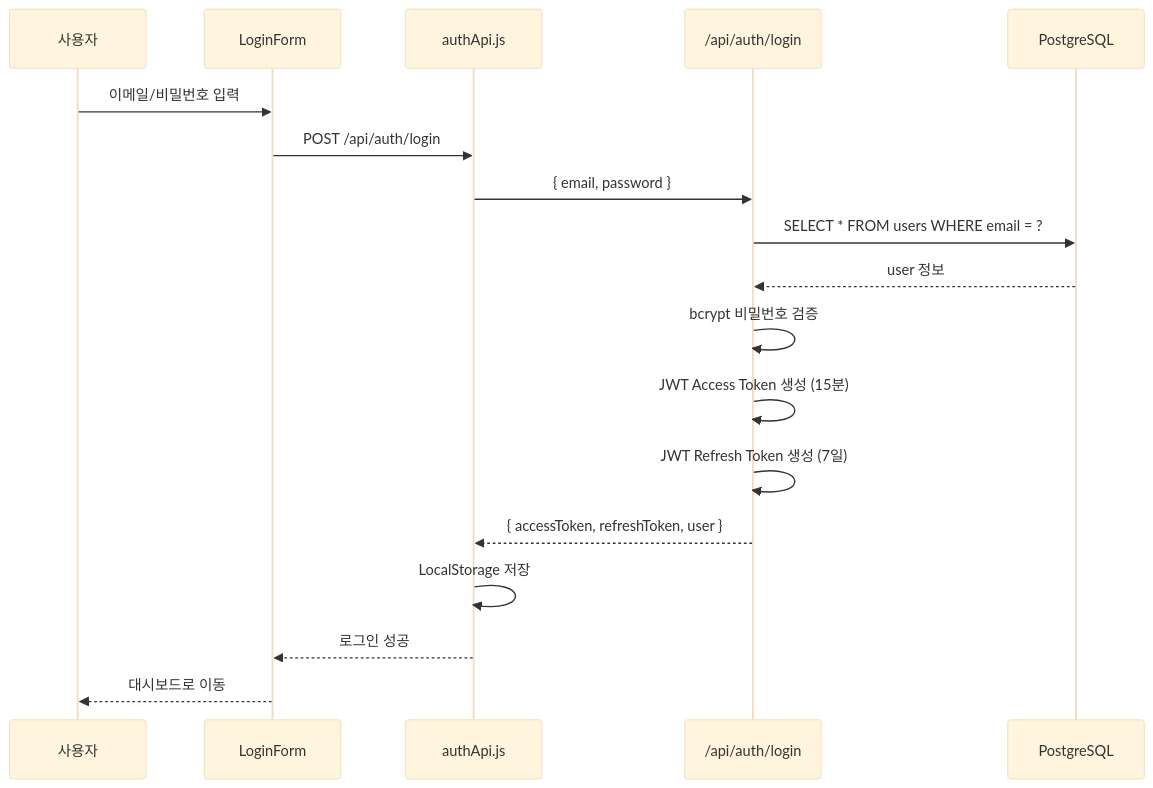
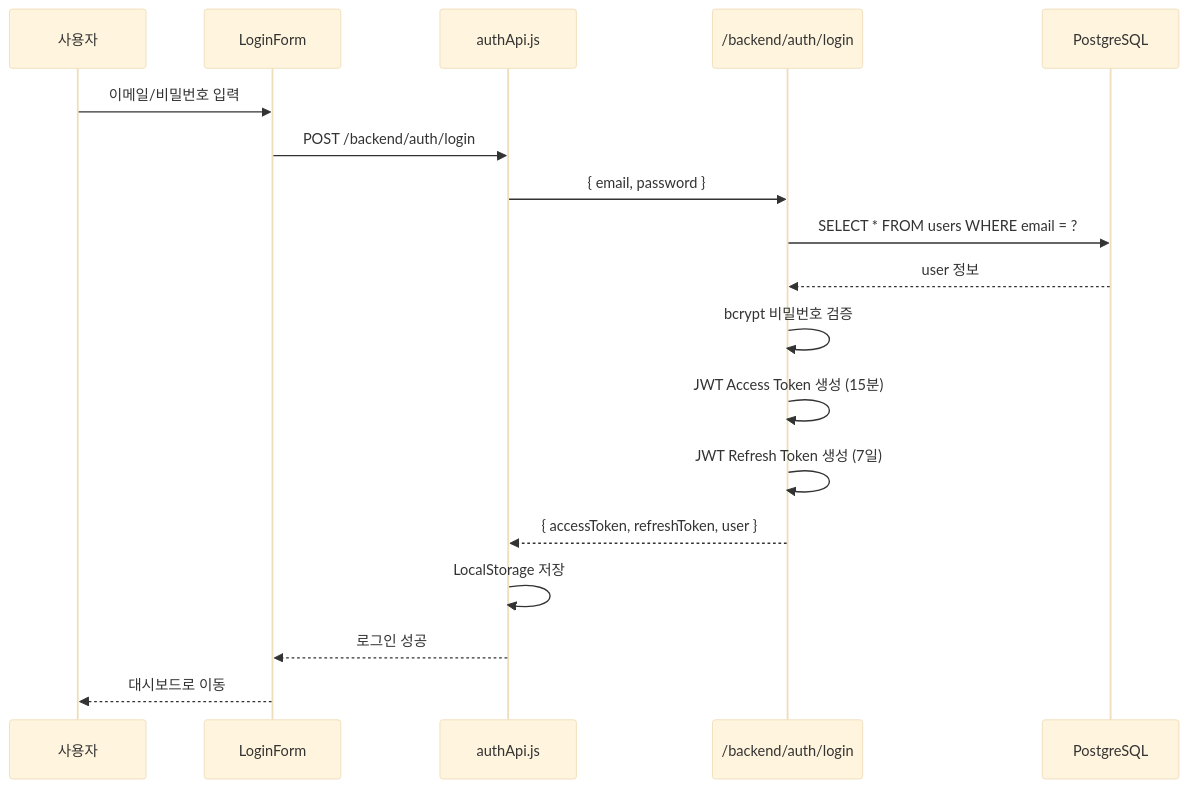
The seventh of 14 diagrams in docs/5-arch-diagram.md (oopitzzz/WHATtodo), drawn with Mermaid (base theme) before and after one commit. The commit also changed other lines of this file and 3 other files, not shown here.

First line of the commit message:
docs: 디렉토리 경로 업데이트 - api/ → backend/, mockup/ → frontend/

````diff
--- a/docs/5-arch-diagram.md
+++ b/docs/5-arch-diagram.md
@@ -213,21 +213,21 @@
 ```mermaid
 sequenceDiagram
     participant User as 사용자
     participant UI as LoginForm
     participant API as authApi.js
-    participant Backend as /api/auth/login
+    participant Backend as /backend/auth/login
     participant DB as PostgreSQL
 
     User->>UI: 이메일/비밀번호 입력
-    UI->>API: POST /api/auth/login
+    UI->>API: POST /backend/auth/login
     API->>Backend: { email, password }
     Backend->>DB: SELECT * FROM users WHERE email = ?
     DB-->>Backend: user 정보
     Backend->>Backend: bcrypt 비밀번호 검증
     Backend->>Backend: JWT Access Token 생성 (15분)
     Backend->>Backend: JWT Refresh Token 생성 (7일)
     Backend-->>API: { accessToken, refreshToken, user }
     API->>API: LocalStorage 저장
     API-->>UI: 로그인 성공
     UI-->>User: 대시보드로 이동
 ```
````
